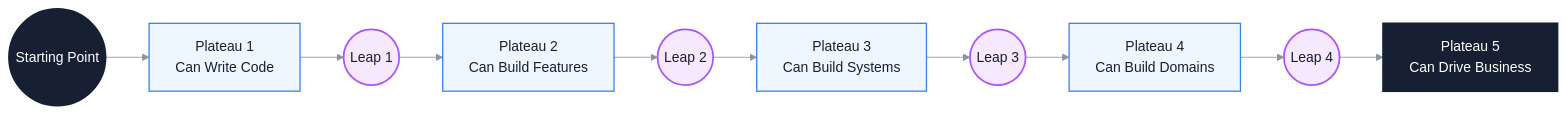
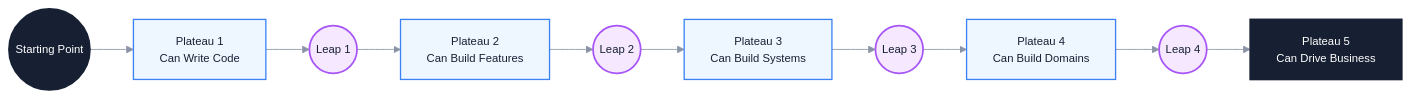
Before and after one commit to Fatejian/frontier-vault: the second of 3 diagrams in docs/en/career/growth-path.md, drawn with Mermaid. The commit also changed other lines of this file and 37 other files, not shown here.

````diff
--- a/docs/en/career/growth-path.md
+++ b/docs/en/career/growth-path.md
@@ -105,24 +105,24 @@
 ```mermaid
-%%{init: {'theme': 'base', 'themeVariables': { 'fontFamily': 'Inter, PingFang SC, Microsoft YaHei, sans-serif', 'primaryColor': '#F7F9FC', 'primaryTextColor': '#172033', 'primaryBorderColor': '#6EA8FE', 'lineColor': '#8A94A6'}}}%%
+%%{init: {'theme': 'base', 'themeVariables': { 'fontFamily': 'Inter, PingFang SC, Microsoft YaHei, sans-serif', 'primaryColor': '#F7F9FC', 'primaryTextColor': '#172033', 'primaryBorderColor': '#6EA8FE', 'lineColor': '#8A94A6', 'fontSize': '13px'}}}%%
 flowchart LR
     P1((Starting Point))
     P2["Plateau 1<br/>Can Write Code"]
     P3((Leap 1))
     P4["Plateau 2<br/>Can Build Features"]
     P5((Leap 2))
     P6["Plateau 3<br/>Can Build Systems"]
     P7((Leap 3))
     P8["Plateau 4<br/>Can Build Domains"]
     P9((Leap 4))
     P10["Plateau 5<br/>Can Drive Business"]
 
     P1 --> P2 --> P3 --> P4 --> P5 --> P6 --> P7 --> P8 --> P9 --> P10
 
     classDef start fill:#172033,color:#fff,stroke:#172033,stroke-width:2px;
     classDef plateau fill:#EEF6FF,stroke:#3B82F6,color:#172033,stroke-width:1.5px;
     classDef leap fill:#F5E8FF,stroke:#A855F7,color:#172033,stroke-width:2px;
 
     class P1,P10 start;
     class P2,P4,P6,P8 plateau;
     class P3,P5,P7,P9 leap;
 ```
````
